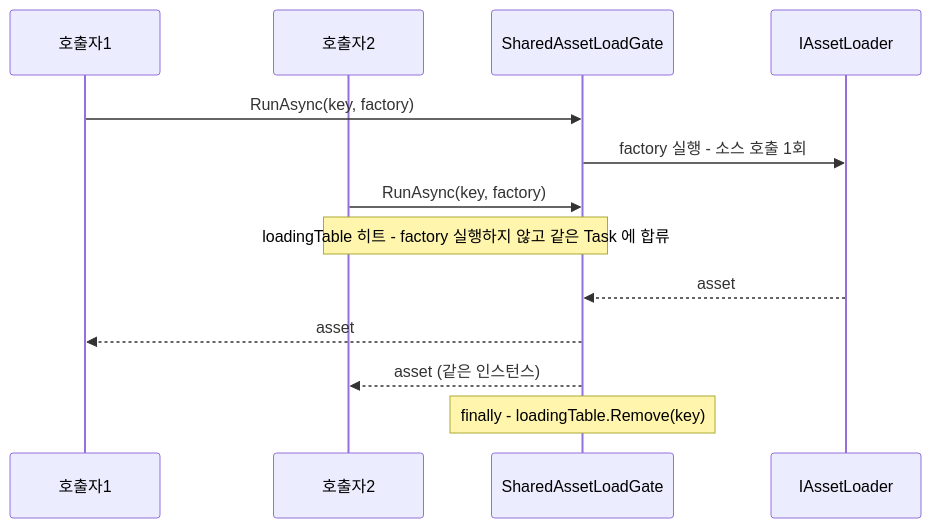
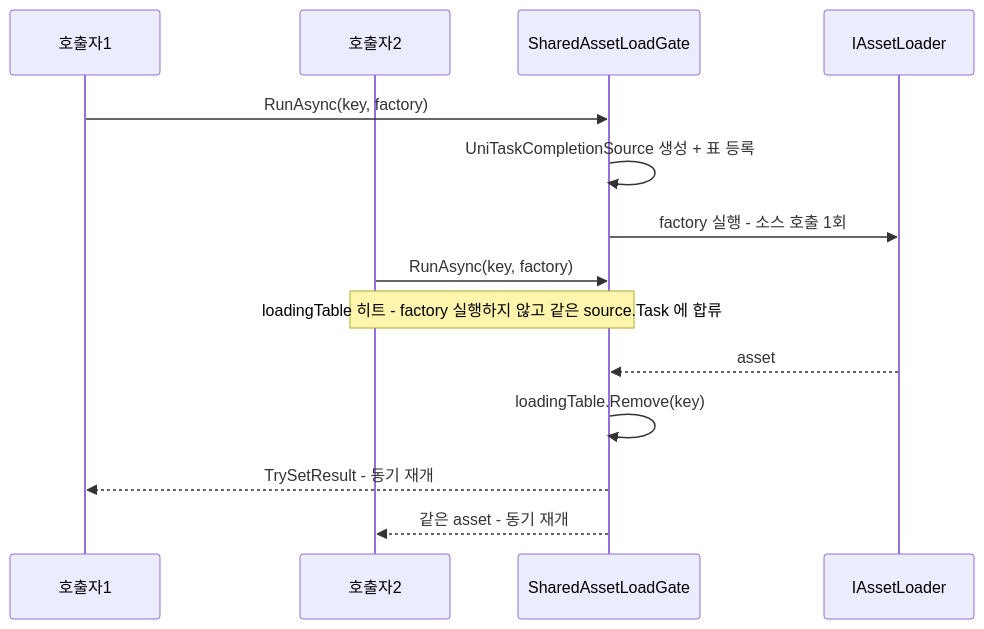
Before and after one commit to HoHong123/HCUP-Unity: the third of 3 diagrams in HResource/docs/Load.md, drawn with Mermaid. The commit also changed other lines of this file, not shown here.

Commit message:
[Docs] 📝 21.09.26 Document the UniTaskCompletionSource gate and its history in Load doc

````diff
--- a/HResource/docs/Load.md
+++ b/HResource/docs/Load.md
@@ -141,16 +151,17 @@
 ```mermaid
 sequenceDiagram
     participant C1 as 호출자1
     participant C2 as 호출자2
     participant G as SharedAssetLoadGate
     participant L as IAssetLoader
 
     C1->>G: RunAsync(key, factory)
+    G->>G: UniTaskCompletionSource 생성 + 표 등록
     G->>L: factory 실행 - 소스 호출 1회
     C2->>G: RunAsync(key, factory)
-    Note over G,C2: loadingTable 히트 - factory 실행하지 않고 같은 Task 에 합류
+    Note over G,C2: loadingTable 히트 - factory 실행하지 않고 같은 source.Task 에 합류
     L-->>G: asset
-    G-->>C1: asset
-    G-->>C2: asset (같은 인스턴스)
-    Note over G: finally - loadingTable.Remove(key)
+    G->>G: loadingTable.Remove(key)
+    G-->>C1: TrySetResult - 동기 재개
+    G-->>C2: 같은 asset - 동기 재개
 ```
````
